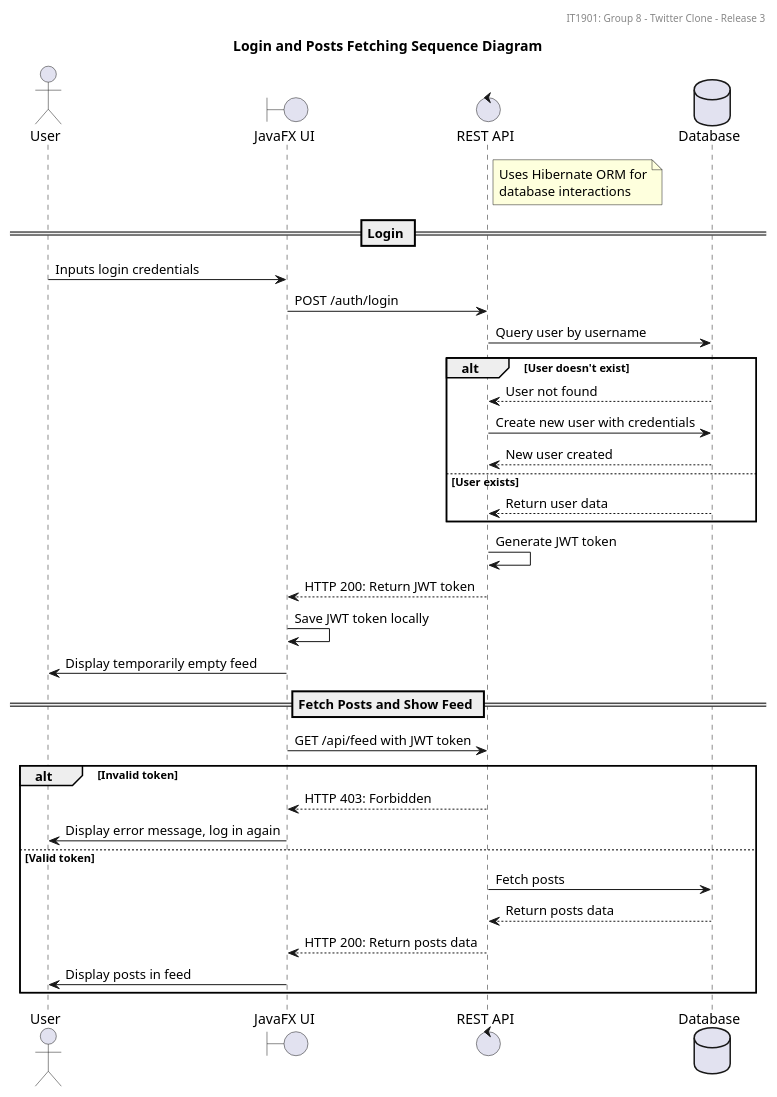
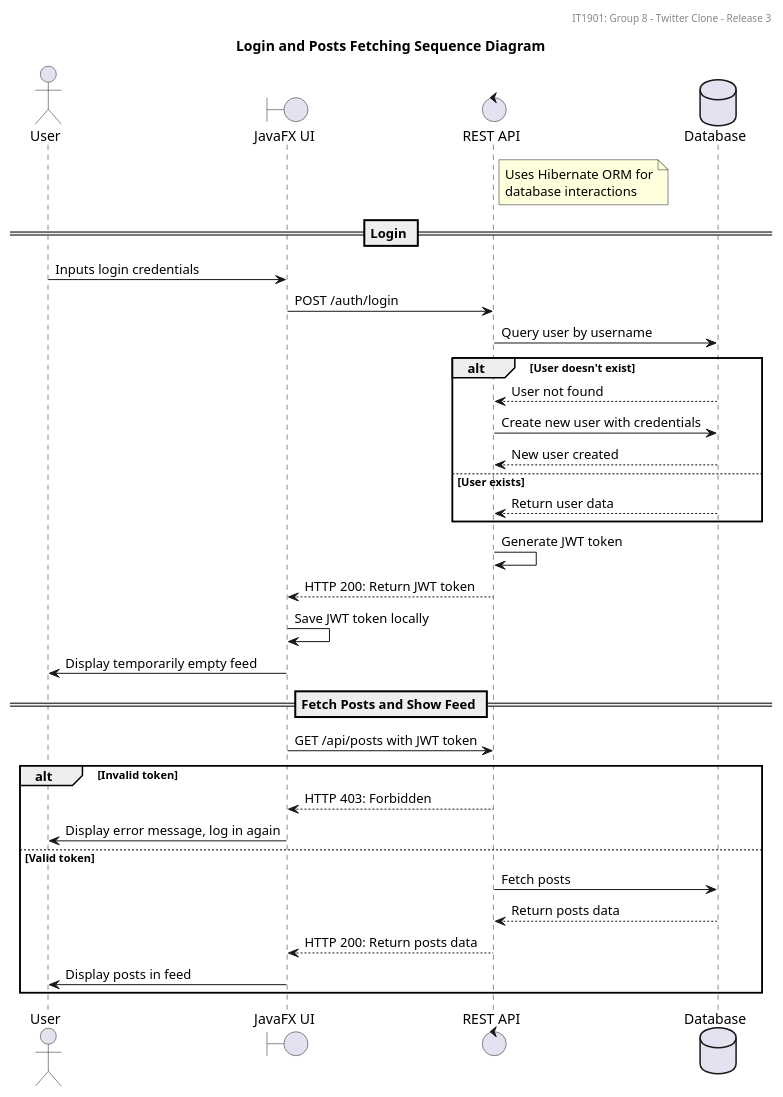
Before and after one commit to ZeroWave022/twitter-clone: the diagram in docs/release3/sequence-diagram.puml, drawn with PlantUML. The commit also changed 1 other file, not shown here.

Commit message:
docs: Typo in API URL example

```diff
--- a/docs/release3/sequence-diagram.puml
+++ b/docs/release3/sequence-diagram.puml
@@ -1,47 +1,47 @@
 @startuml sequenceDiagram
 title Login and Posts Fetching Sequence Diagram
 header IT1901: Group 8 - Twitter Clone - Release 3
 
 actor User as User order 1
 boundary "JavaFX UI" as UI order 2
 control "REST API" as API order 3
 database "Database" as DB order 4
 
 note right of API
 Uses Hibernate ORM for
 database interactions
 end note
 
 == Login ==
 
 User -> UI: Inputs login credentials
 UI -> API: POST /auth/login
 API -> DB: Query user by username
 
 alt User doesn't exist
     DB --> API: User not found
     API -> DB: Create new user with credentials
     DB --> API: New user created
 else User exists
     DB --> API: Return user data
 end
 
 API -> API: Generate JWT token
 API --> UI: HTTP 200: Return JWT token
 UI -> UI: Save JWT token locally
 UI -> User: Display temporarily empty feed
 
 == Fetch Posts and Show Feed ==
 
-UI -> API: GET /api/feed with JWT token
+UI -> API: GET /api/posts with JWT token
 alt Invalid token
     API --> UI: HTTP 403: Forbidden
     UI -> User: Display error message, log in again
 else Valid token
     API -> DB: Fetch posts
     DB --> API: Return posts data
     API --> UI: HTTP 200: Return posts data
     UI -> User: Display posts in feed
 end
 
 @enduml
```
